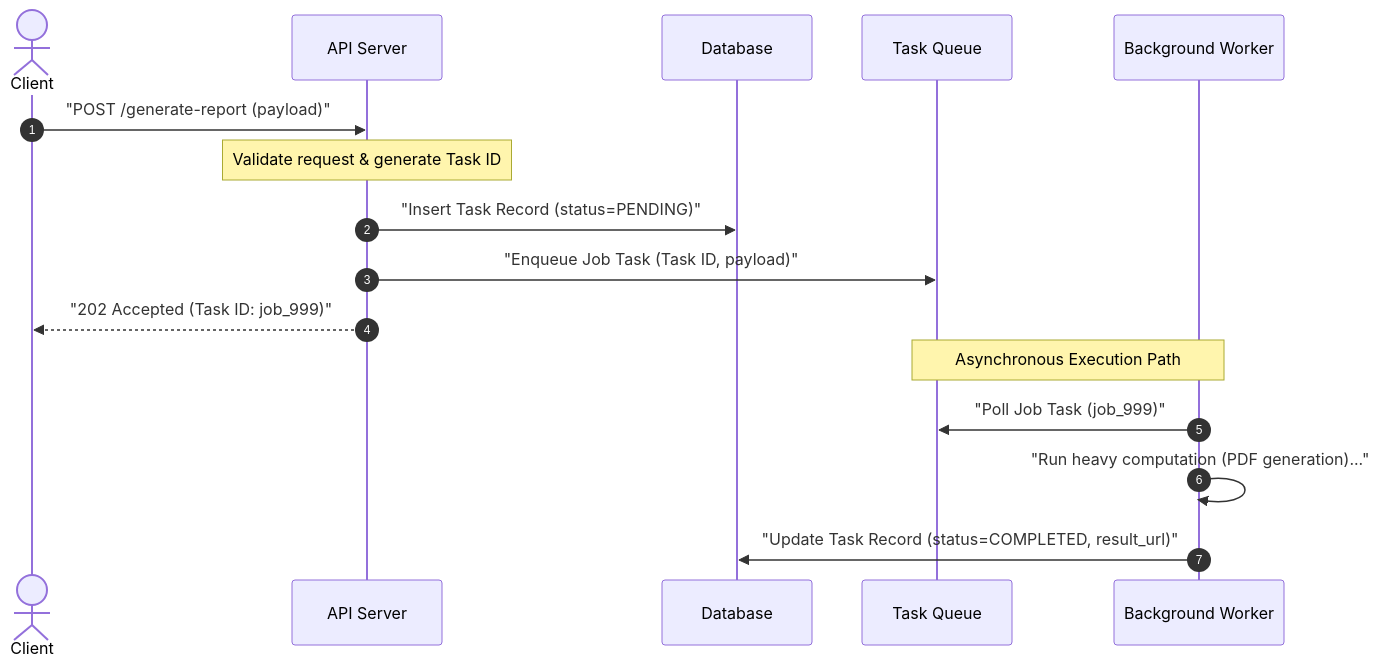
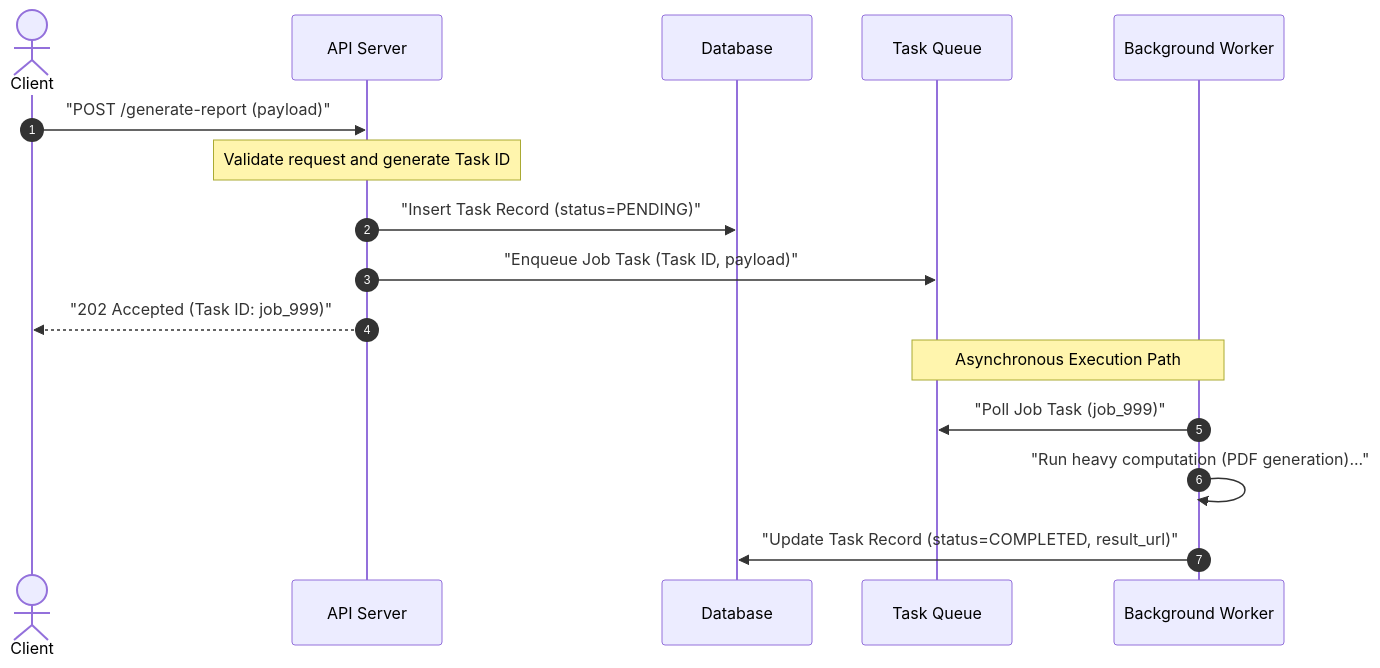
Before and after one commit to weifengcao/deep_system_design: the first of 3 diagrams in Patterns/07_long_running_tasks.md, drawn with Mermaid. The commit also changed other lines of this file and 21 other files, not shown here.

````diff
--- a/Patterns/07_long_running_tasks.md
+++ b/Patterns/07_long_running_tasks.md
@@ -13,19 +13,19 @@
 ```mermaid
 sequenceDiagram
     autonumber
     actor Client as Client
     participant API as API Server
     participant DB as Database
     participant Queue as Task Queue
     participant Worker as Background Worker
 
     Client->>API: "POST /generate-report (payload)"
-    Note over API: Validate request & generate Task ID
+    Note over API: Validate request and generate Task ID
     API->>DB: "Insert Task Record (status=PENDING)"
     API->>Queue: "Enqueue Job Task (Task ID, payload)"
     API-->>Client: "202 Accepted (Task ID: job_999)"
     Note over Queue,Worker: Asynchronous Execution Path
     Worker->>Queue: "Poll Job Task (job_999)"
     Worker->>Worker: "Run heavy computation (PDF generation)..."
     Worker->>DB: "Update Task Record (status=COMPLETED, result_url)"
 ```
````
